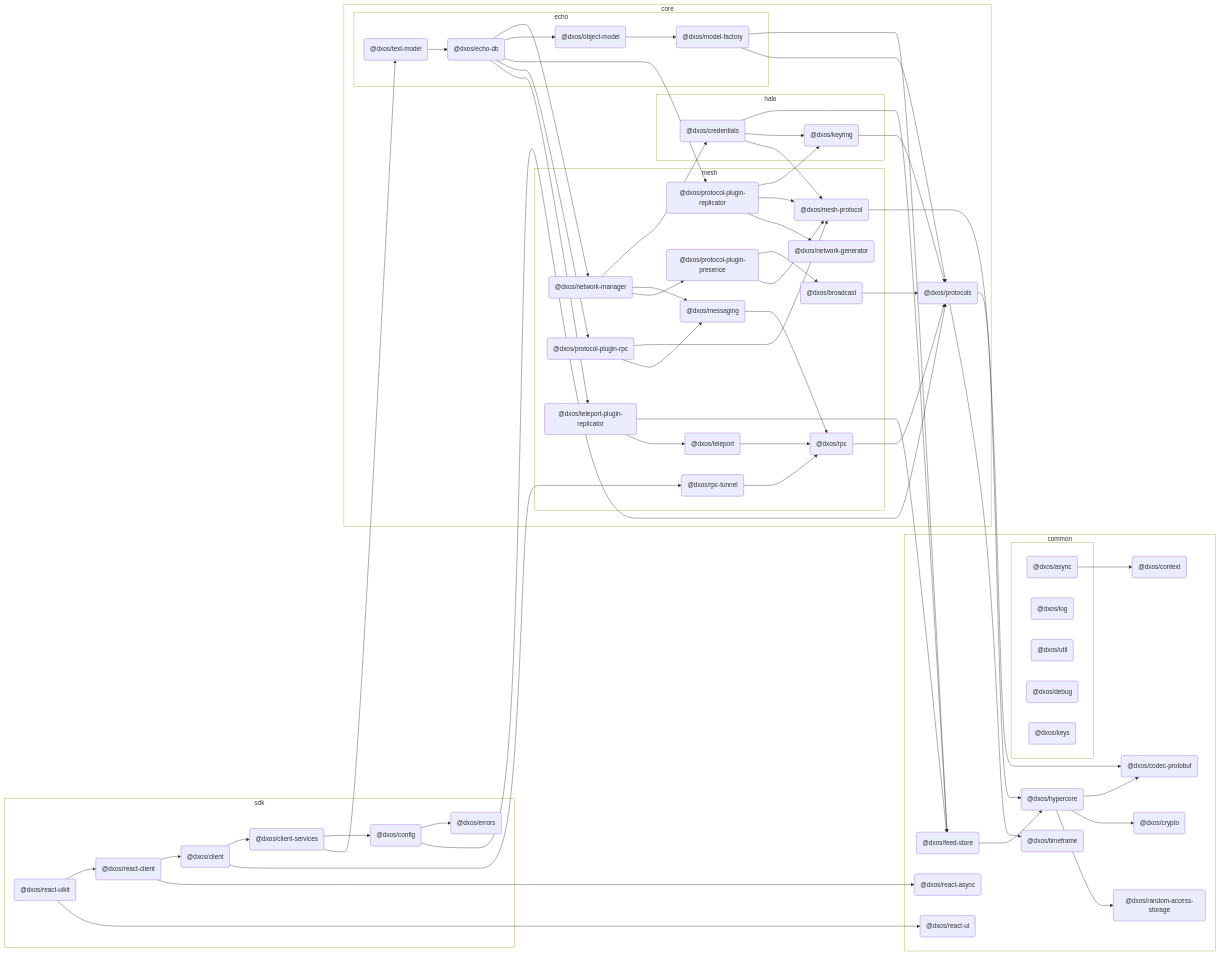
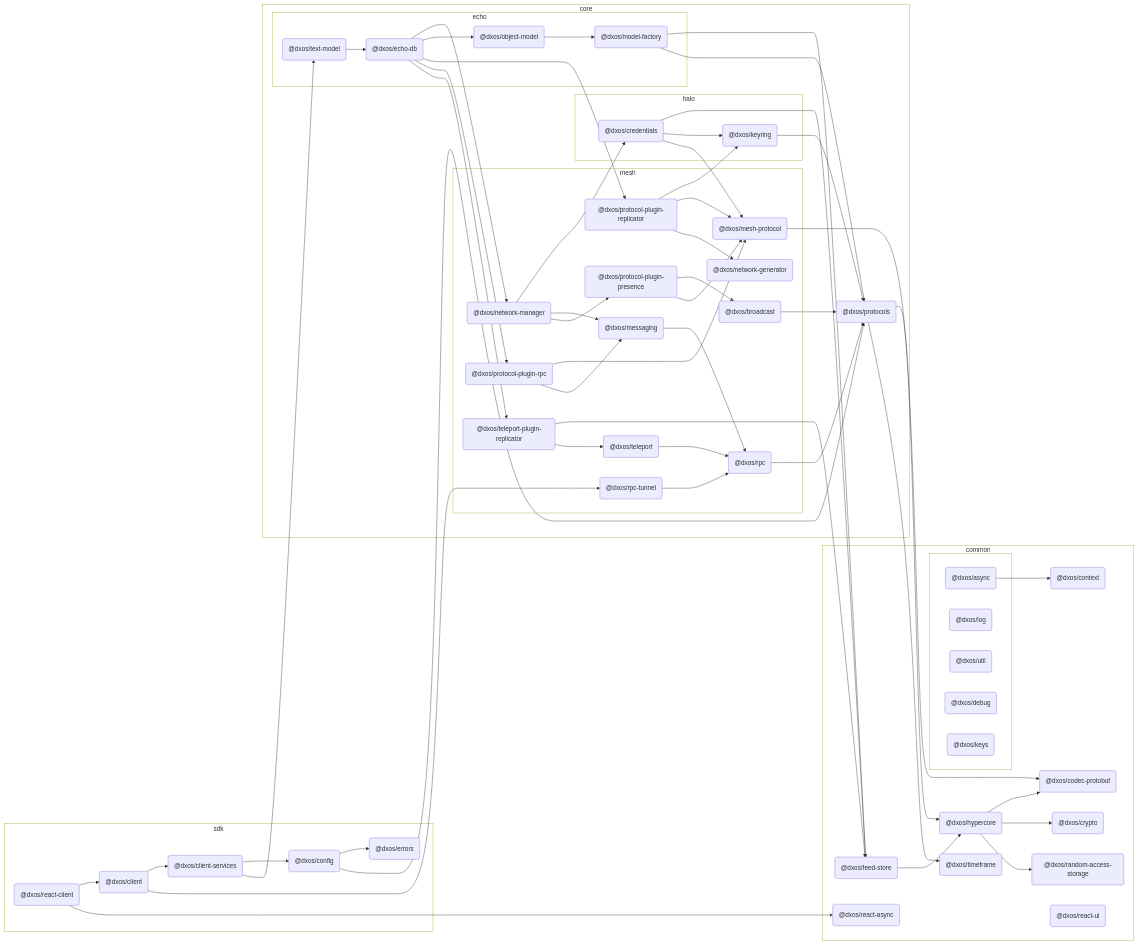
The diagram in packages/apps/patterns/react-ui/docs/README.md (dxos/dxos), drawn with Mermaid before and after one commit. The commit also changed other lines of this file and 42 other files, not shown here.

````diff
--- a/packages/apps/patterns/react-ui/docs/README.md
+++ b/packages/apps/patterns/react-ui/docs/README.md
@@ -17,8 +17,6 @@
 
 subgraph sdk [sdk]
   style sdk fill:transparent
-  dxos/react-uikit("@dxos/react-uikit"):::root
-  click dxos/react-uikit "dxos/dxos/tree/main/packages/sdk/react-uikit/docs"
   dxos/client("@dxos/client"):::def
   click dxos/client "dxos/dxos/tree/main/packages/sdk/client/docs"
   dxos/client-services("@dxos/client-services"):::def
@@ -166,8 +164,6 @@
 dxos/text-model --> dxos/echo-db
 dxos/client --> dxos/rpc-tunnel
 dxos/rpc-tunnel --> dxos/rpc
-dxos/react-uikit --> dxos/react-client
 dxos/react-client --> dxos/client
 dxos/react-client --> dxos/react-async
-dxos/react-uikit --> dxos/react-ui
 ```
````
